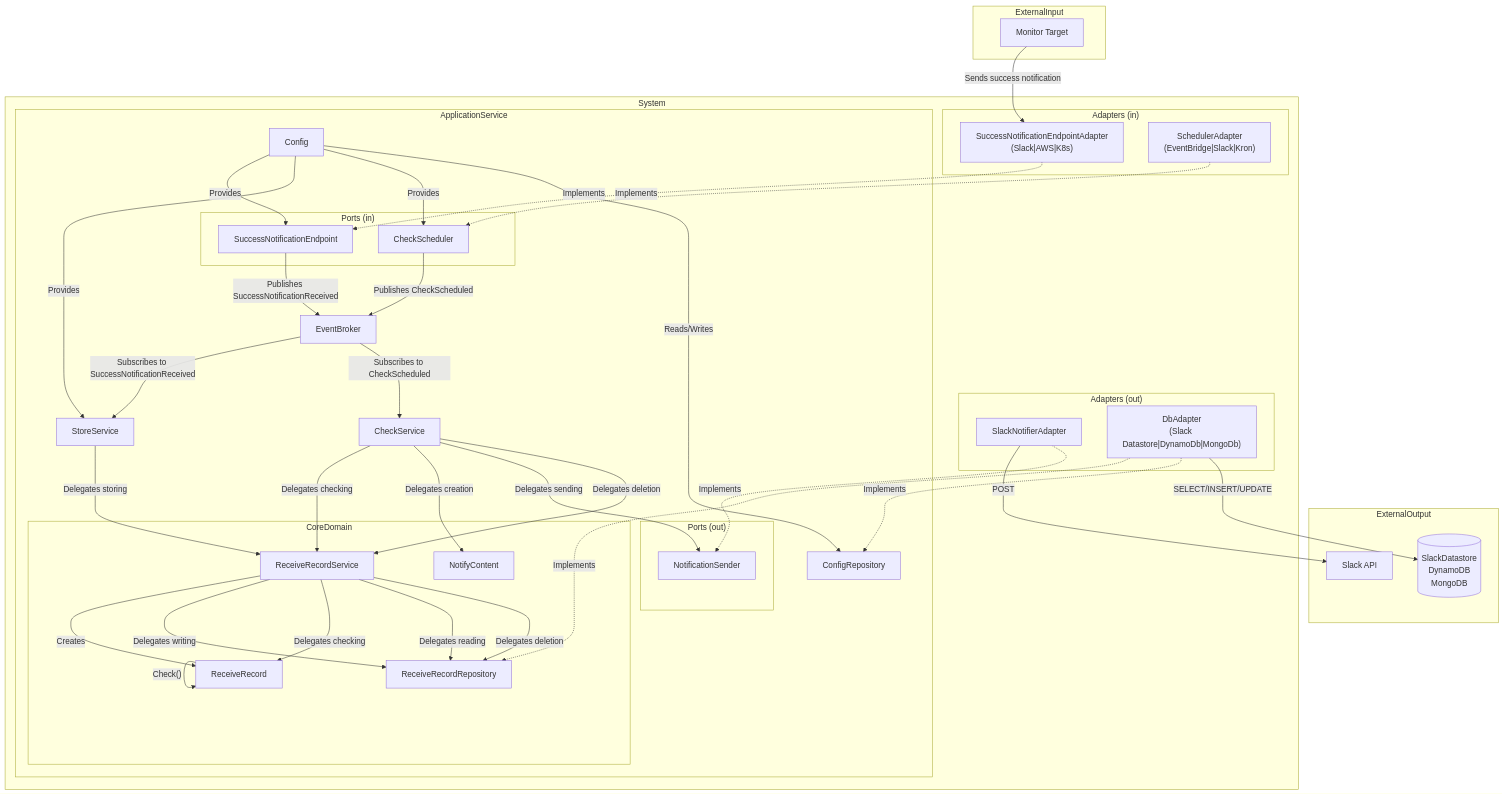
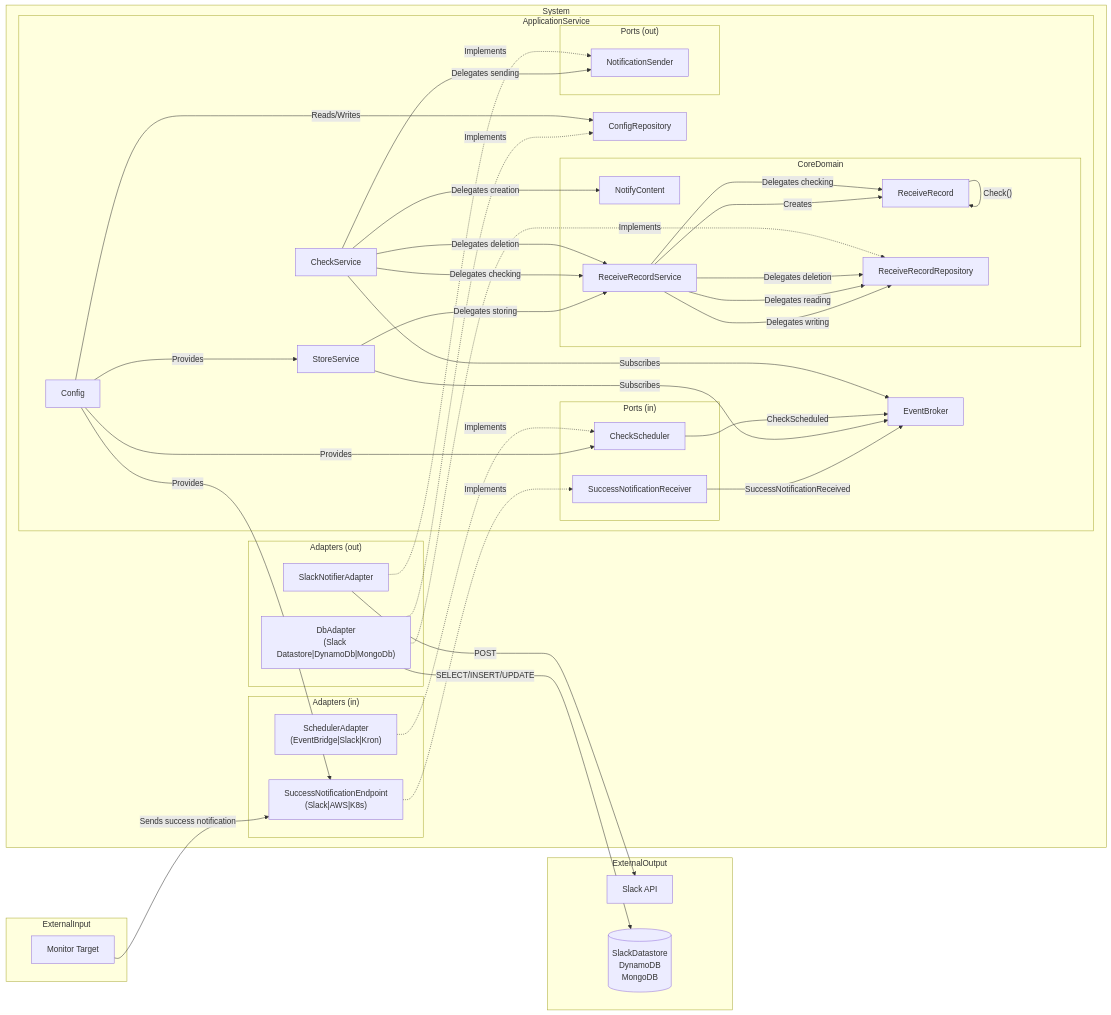
The diagram in README.md (Rindrics/success-notification-aggregator), drawn with Mermaid before and after one commit.

Commit message:
Update flowchart appearance

````diff
--- a/README.md
+++ b/README.md
@@ -22,76 +22,76 @@
 ```mermaid
-flowchart TD
+flowchart LR
     subgraph ExternalInput
         BatchSystem[Monitor Target]
     end
     subgraph ExternalOutput
         SlackAPI[Slack API]
         DB[("SlackDatastore\nDynamoDB\nMongoDB\n")]
     end
 
     subgraph System
         subgraph InAdapters["Adapters (in)"]
-            SuccessNotificationEndpointAdapters["SuccessNotificationEndpointAdapter\n(Slack|AWS|K8s)"]
+            SuccessNotificationEndpoint["SuccessNotificationEndpoint\n(Slack|AWS|K8s)"]
             CheckSchedulerAdapters["SchedulerAdapter\n(EventBridge|Slack|Kron)"]
         end
 
         subgraph OutAdapters["Adapters (out)"]
             SlackNotifierAdapter
             DbAdapters["DbAdapter\n(Slack Datastore|DynamoDb|MongoDb)"]
         end
 
         subgraph ApplicationService
             Config
             ConfigRepository
             StoreService
             CheckService
             EventBroker
 
             subgraph CoreDomain
                 ReceiveRecord
                 NotifyContent
                 ReceiveRecordRepository
                 ReceiveRecordService
             end
 
             subgraph IncomingPorts["Ports (in)"]
-                SuccessNotificationEndpoint
+                SuccessNotificationReceiver
                 CheckScheduler
             end
 
             subgraph OutgoingPorts["Ports (out)"]
                 NotificationSender
             end
         end
     end
 
     %% Data Flow
-    BatchSystem --> |Sends success notification| SuccessNotificationEndpointAdapters
-    SuccessNotificationEndpointAdapters -.-> |Implements| SuccessNotificationEndpoint
-    SuccessNotificationEndpoint --> |Publishes SuccessNotificationReceived| EventBroker
-    EventBroker --> |Subscribes to SuccessNotificationReceived| StoreService
+    BatchSystem --> |Sends success notification| SuccessNotificationEndpoint
+    SuccessNotificationEndpoint -.-> |Implements| SuccessNotificationReceiver
+    SuccessNotificationReceiver --> |SuccessNotificationReceived| EventBroker
+    StoreService --> |Subscribes| EventBroker
     StoreService --> |Delegates storing| ReceiveRecordService
     ReceiveRecordService --> |Creates| ReceiveRecord
     ReceiveRecordService --> |Delegates writing| ReceiveRecordRepository
     Config --> |Provides| SuccessNotificationEndpoint
     Config --> |Provides| StoreService
     Config --> |Provides| CheckScheduler
-    CheckScheduler --> |Publishes CheckScheduled| EventBroker
-    EventBroker --> |Subscribes to CheckScheduled| CheckService
+    CheckScheduler --> |CheckScheduled| EventBroker
+    CheckService --> |Subscribes| EventBroker
     CheckService --> |Delegates checking| ReceiveRecordService
     ReceiveRecordService --> |Delegates checking| ReceiveRecord
     ReceiveRecord --> |"Check()"| ReceiveRecord
     ReceiveRecordService --> |Delegates reading| ReceiveRecordRepository
     CheckService --> |Delegates creation| NotifyContent
     CheckService --> |Delegates sending| NotificationSender
     SlackNotifierAdapter --> |POST| SlackAPI
     SlackNotifierAdapter -.-> |Implements| NotificationSender
     CheckService --> |Delegates deletion| ReceiveRecordService
     ReceiveRecordService --> |Delegates deletion| ReceiveRecordRepository
     DbAdapters -.-> |Implements| ReceiveRecordRepository
     DbAdapters -.-> |Implements| ConfigRepository
     DbAdapters  --> |SELECT/INSERT/UPDATE| DB
     CheckSchedulerAdapters -.-> |Implements| CheckScheduler
     Config --> |Reads/Writes| ConfigRepository
     ExternalInput ~~~ InAdapters
 ```
````
